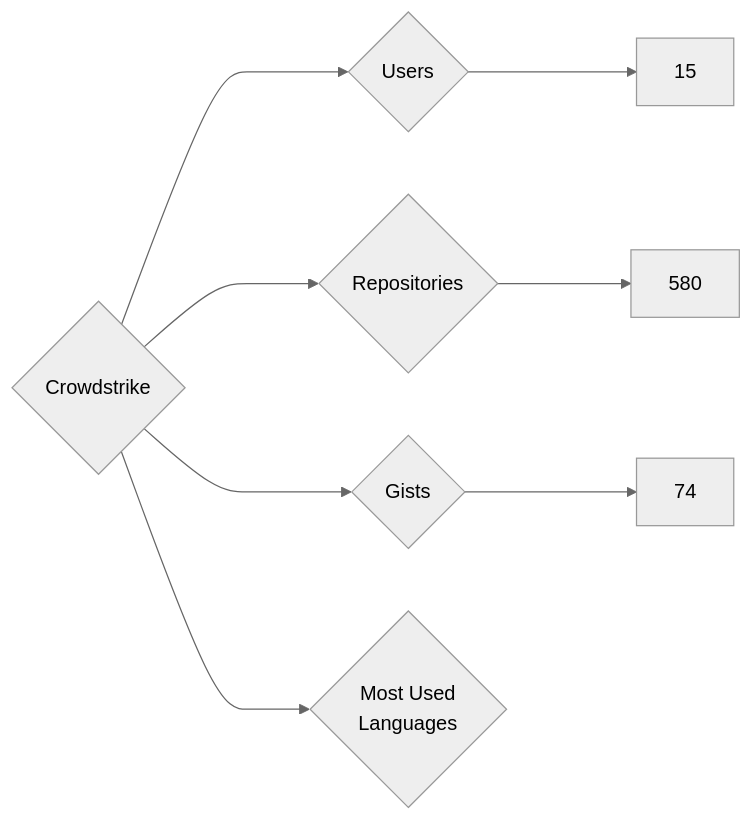
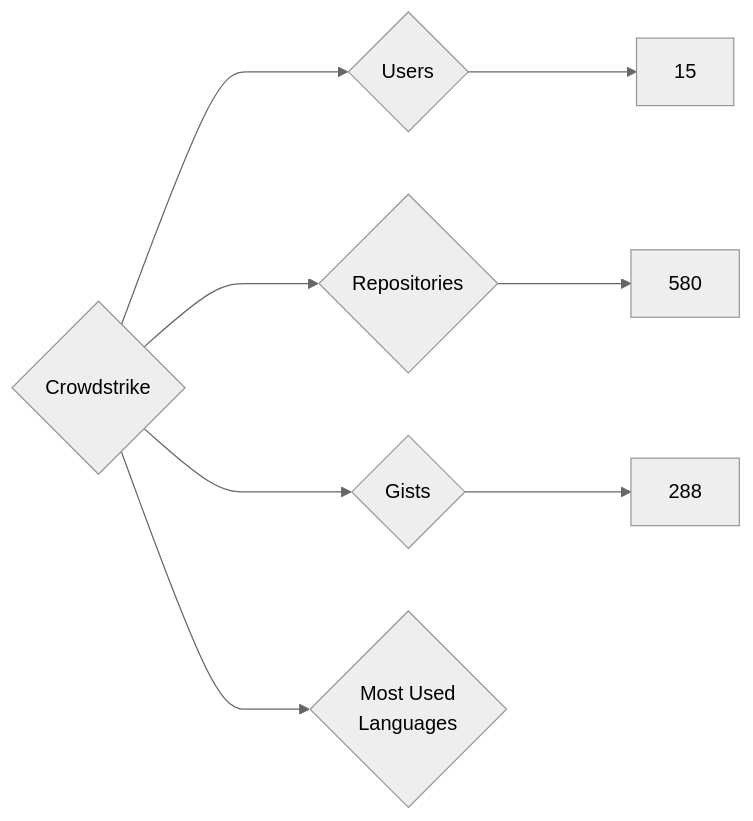
Before and after one commit to nenadzaric/insiders: the diagram in targets/Crowdstrike/README.md, drawn with Mermaid (neutral theme). The commit also changed 1342 other files, not shown here.

````diff
--- a/targets/Crowdstrike/README.md
+++ b/targets/Crowdstrike/README.md
@@ -3,8 +3,8 @@
 ```mermaid
 graph LR
 COMPANY_NAME{Crowdstrike}
 COMPANY_NAME ---> U{Users} ---> UN[15]
 COMPANY_NAME ---> R{Repositories} ---> RN[580]
-COMPANY_NAME ---> G{Gists} ---> GN[74]
+COMPANY_NAME ---> G{Gists} ---> GN[288]
 COMPANY_NAME ---> ML{Most Used<br>Languages}
 ```
````
